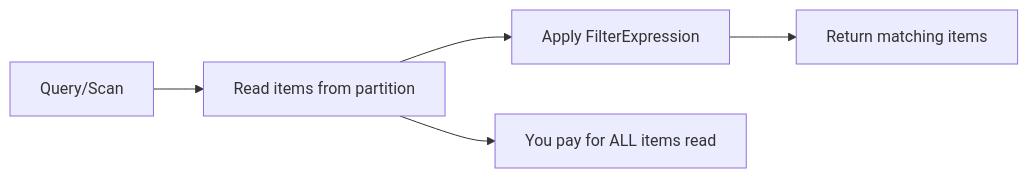
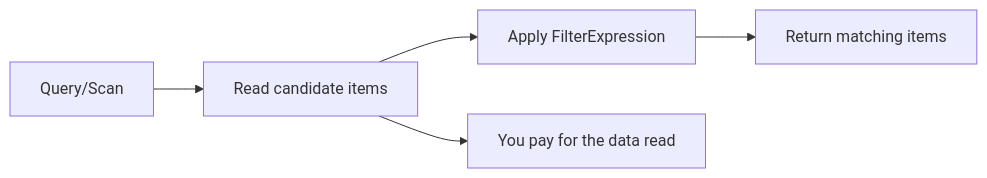
Before and after one commit to OneUptime/blog: the diagram in posts/2026-02-12-dynamodb-filter-expressions/README.md, drawn with Mermaid. The commit also changed other lines of this file and 2 other files, not shown here.

````diff
--- a/posts/2026-02-12-dynamodb-filter-expressions/README.md
+++ b/posts/2026-02-12-dynamodb-filter-expressions/README.md
@@ -19,7 +19,7 @@
 ```mermaid
 graph LR
-    A[Query/Scan] --> B[Read items from partition]
+    A[Query/Scan] --> B[Read candidate items]
     B --> C[Apply FilterExpression]
     C --> D[Return matching items]
-    B --> E[You pay for ALL items read]
+    B --> E[You pay for the data read]
 ```
````
